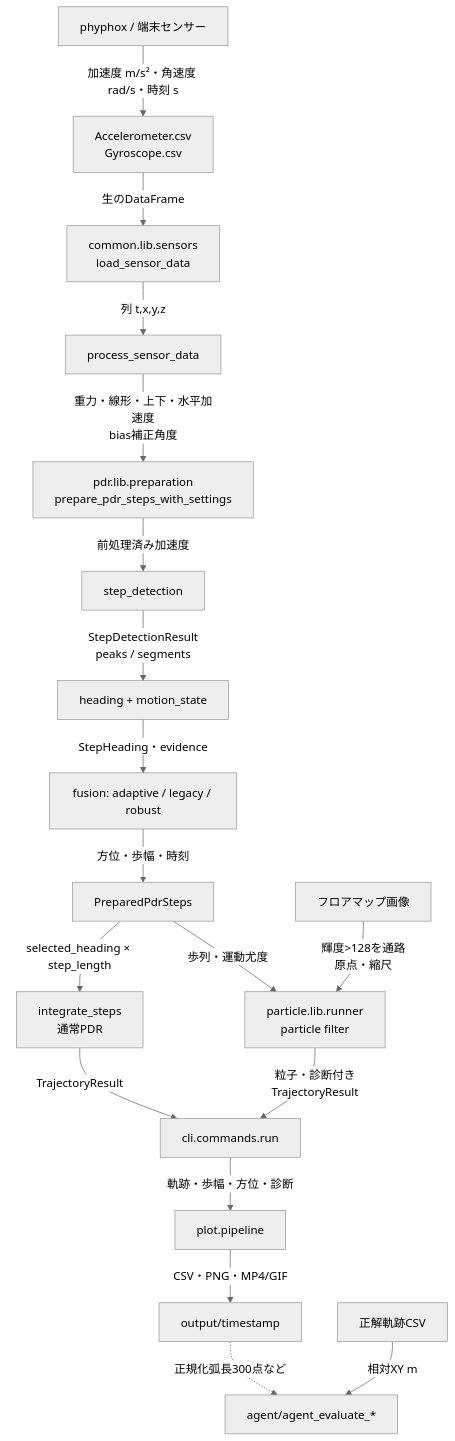
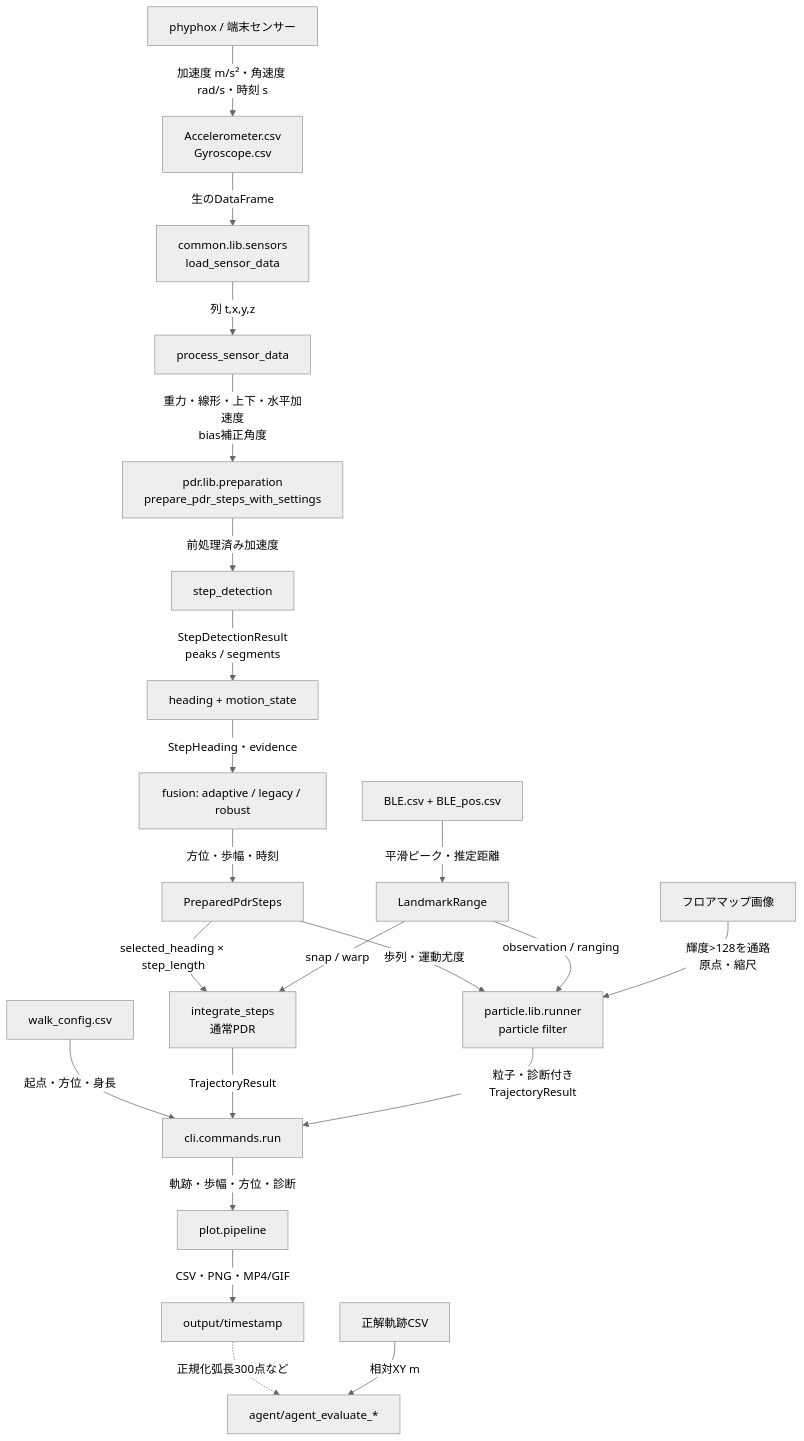
Before and after one commit to kajiLabTeam/rikka: the first of 2 diagrams in docs/code-reading/01_system-flow.md, drawn with Mermaid (neutral theme). The commit also changed other lines of this file and 32 other files, not shown here.

Commit message:
feat: add real BLE ranging support

````diff
--- a/docs/code-reading/01_system-flow.md
+++ b/docs/code-reading/01_system-flow.md
@@ -5,20 +5,24 @@
 ```mermaid
 flowchart TD
     Sensor[phyphox / 端末センサー] -->|加速度 m/s²・角速度 rad/s・時刻 s| CSV[Accelerometer.csv<br/>Gyroscope.csv]
     CSV -->|生のDataFrame| Load[common.lib.sensors<br/>load_sensor_data]
     Load -->|列 t,x,y,z| Process[process_sensor_data]
     Process -->|重力・線形・上下・水平加速度<br/>bias補正角度| Prepare[pdr.lib.preparation<br/>prepare_pdr_steps_with_settings]
     Prepare -->|前処理済み加速度| Detect[step_detection]
     Detect -->|StepDetectionResult<br/>peaks / segments| Heading[heading + motion_state]
     Heading -->|StepHeading・evidence| Fusion[fusion: adaptive / legacy / robust]
     Fusion -->|方位・歩幅・時刻| Shared[PreparedPdrSteps]
     Shared -->|selected_heading × step_length| PDR[integrate_steps<br/>通常PDR]
     Shared -->|歩列・運動尤度| PF[particle.lib.runner<br/>particle filter]
+    BLE[BLE.csv + BLE_pos.csv] -->|平滑ピーク・推定距離| Range[LandmarkRange]
+    Range -->|snap / warp| PDR
+    Range -->|observation / ranging| PF
+    Walk[walk_config.csv] -->|起点・方位・身長| CLI
     Map[フロアマップ画像] -->|輝度>128を通路<br/>原点・縮尺| PF
     PDR -->|TrajectoryResult| CLI[cli.commands.run]
     PF -->|粒子・診断付きTrajectoryResult| CLI
     CLI -->|軌跡・歩幅・方位・診断| Output[plot.pipeline]
     Output -->|CSV・PNG・MP4/GIF| Files[output/timestamp]
     Files -.->|正規化弧長300点など| Eval[agent/agent_evaluate_*]
     Truth[正解軌跡CSV] -->|相対XY m| Eval
 ```
````
